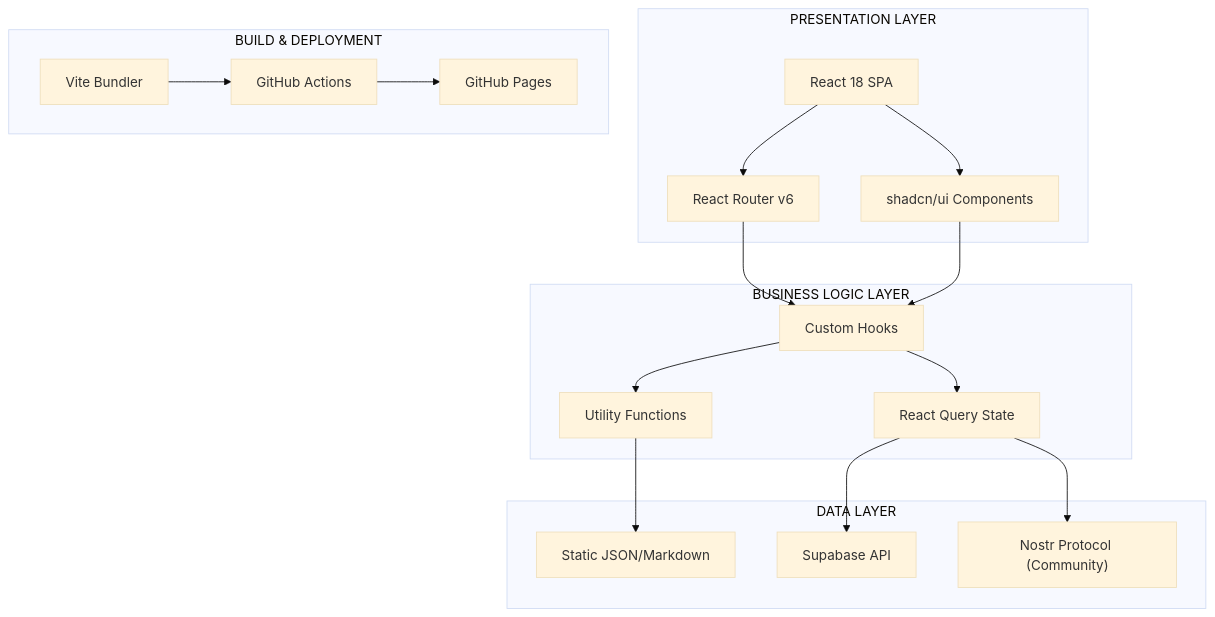
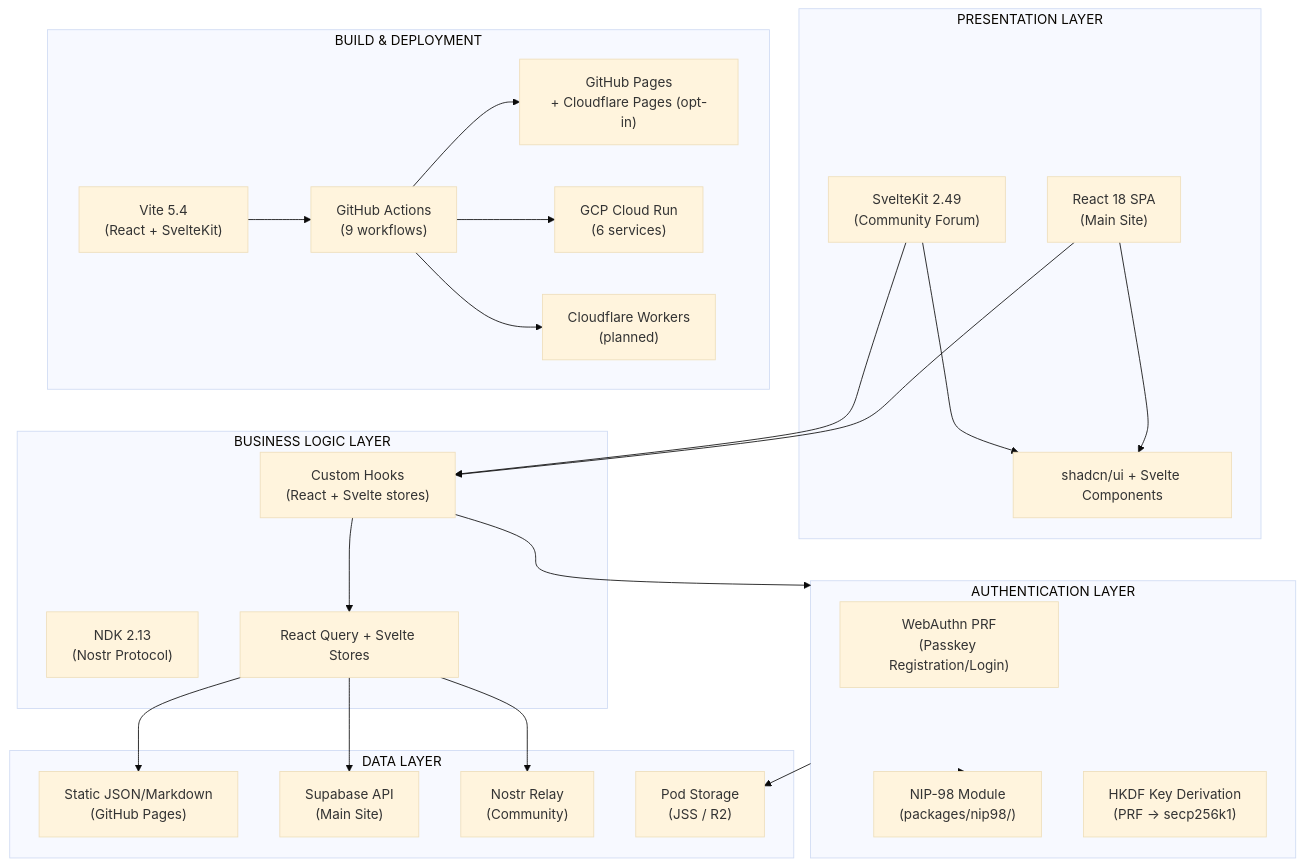
The second of 3 diagrams in docs/architecture/SYSTEM_OVERVIEW.md (DreamLab-AI/dreamlab-ai-website), drawn with Mermaid (base theme) before and after one commit. The commit also changed other lines of this file and 49 other files, not shown here.

````diff
--- a/docs/architecture/SYSTEM_OVERVIEW.md
+++ b/docs/architecture/SYSTEM_OVERVIEW.md
@@ -72,38 +95,51 @@
 ```mermaid
 graph TB
     subgraph Presentation["PRESENTATION LAYER"]
-        React["React 18 SPA"]
-        Router["React Router v6"]
-        UI["shadcn/ui Components"]
+        React["React 18 SPA<br/>(Main Site)"]
+        SvelteKit["SvelteKit 2.49<br/>(Community Forum)"]
+        UI["shadcn/ui + Svelte Components"]
+    end
+
+    subgraph Auth["AUTHENTICATION LAYER"]
+        WebAuthn["WebAuthn PRF<br/>(Passkey Registration/Login)"]
+        NIP98["NIP-98 Module<br/>(packages/nip98/)"]
+        HKDF["HKDF Key Derivation<br/>(PRF → secp256k1)"]
     end
 
     subgraph Business["BUSINESS LOGIC LAYER"]
-        Hooks["Custom Hooks"]
-        Utils["Utility Functions"]
-        State["React Query State"]
+        Hooks["Custom Hooks<br/>(React + Svelte stores)"]
+        NDK["NDK 2.13<br/>(Nostr Protocol)"]
+        State["React Query + Svelte Stores"]
     end
 
     subgraph Data["DATA LAYER"]
-        StaticData["Static JSON/Markdown"]
-        Supabase["Supabase API"]
-        NostrRelay["Nostr Protocol (Community)"]
+        StaticData["Static JSON/Markdown<br/>(GitHub Pages)"]
+        Supabase["Supabase API<br/>(Main Site)"]
+        NostrRelay["Nostr Relay<br/>(Community)"]
+        PodStorage["Pod Storage<br/>(JSS / R2)"]
     end
 
     subgraph Build["BUILD & DEPLOYMENT"]
-        Vite["Vite Bundler"]
-        Actions["GitHub Actions"]
-        Pages["GitHub Pages"]
+        Vite["Vite 5.4<br/>(React + SvelteKit)"]
+        Actions["GitHub Actions<br/>(9 workflows)"]
+        Pages["GitHub Pages<br/>+ Cloudflare Pages (opt-in)"]
+        CloudRun["GCP Cloud Run<br/>(6 services)"]
+        Workers["Cloudflare Workers<br/>(planned)"]
     end
 
-    React --> Router
     React --> UI
-    Router --> Hooks
-    UI --> Hooks
-    Hooks --> Utils
+    SvelteKit --> UI
+    React --> Hooks
+    SvelteKit --> Hooks
+    Hooks --> Auth
+    Auth --> NIP98
     Hooks --> State
-    Utils --> StaticData
+    State --> StaticData
     State --> Supabase
     State --> NostrRelay
+    Auth --> PodStorage
     Vite --> Actions
     Actions --> Pages
+    Actions --> CloudRun
+    Actions --> Workers
 ```
````
